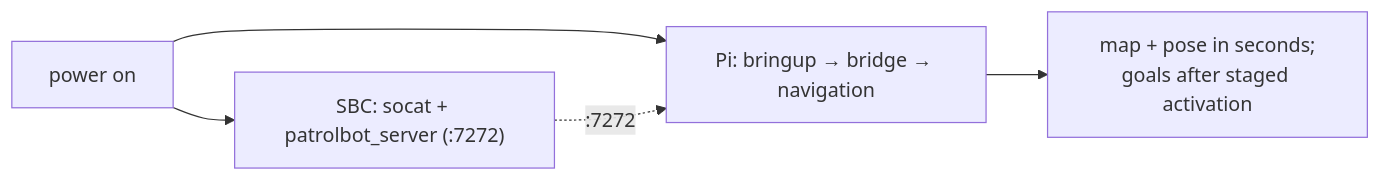
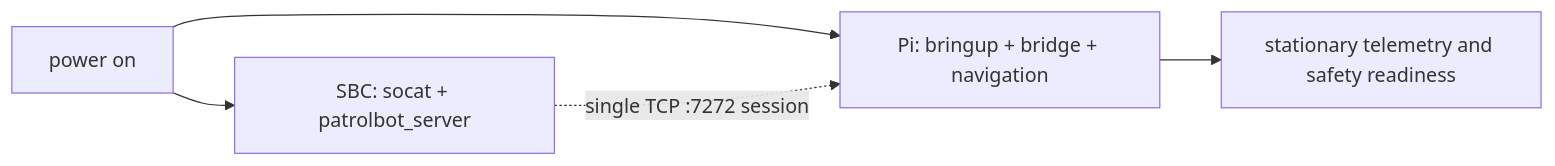
One commit to cmu-impactlab/patrolbot changed the diagram in docs/getting-started/quickstart.md. Above: the diagram before and after it, drawn with Mermaid. The commit also changed other lines of this file and 38 other files, not shown here.

````diff
--- a/docs/getting-started/quickstart.md
+++ b/docs/getting-started/quickstart.md
@@ -17,7 +19,7 @@
 ```mermaid
 flowchart LR
-    PWR["power on"] --> SBC["SBC: socat + patrolbot_server (:7272)"]
-    PWR --> PI["Pi: bringup → bridge → navigation"]
-    SBC -. ":7272" .-> PI
-    PI --> READY["map + pose in seconds;\ngoals after staged activation"]
+    PWR["power on"] --> SBC["SBC: socat + patrolbot_server"]
+    PWR --> PI["Pi: bringup + bridge + navigation"]
+    SBC -. "single TCP :7272 session" .-> PI
+    PI --> READY["stationary telemetry and safety readiness"]
 ```
````
